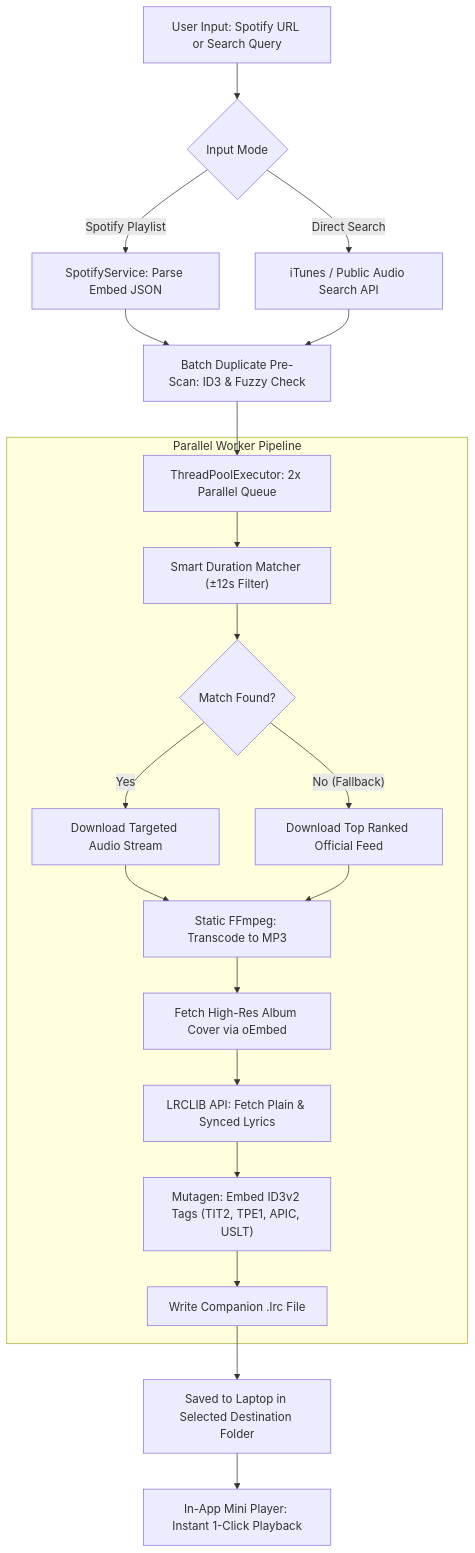
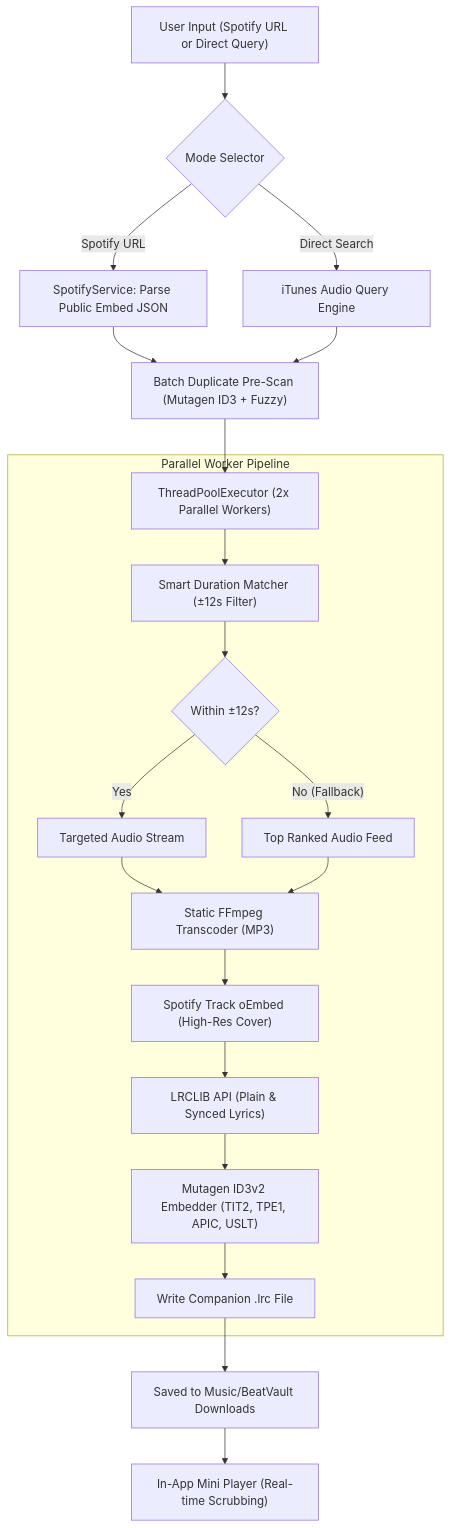
Before and after one commit to aadityashekhar321/BeatVault: the diagram in README.md, drawn with Mermaid. The commit also changed other lines of this file and 1 other file, not shown here.

````diff
--- a/README.md
+++ b/README.md
@@ -105,30 +152,30 @@
 ```mermaid
 flowchart TD
-    A["User Input: Spotify URL or Search Query"] --> B{"Input Mode"}
+    User["User Input (Spotify URL or Direct Query)"] --> Mode{"Mode Selector"}
     
-    B -->|"Spotify Playlist"| C["SpotifyService: Parse Embed JSON"]
-    B -->|"Direct Search"| D["iTunes / Public Audio Search API"]
+    Mode -->|"Spotify URL"| Scraping["SpotifyService: Parse Public Embed JSON"]
+    Mode -->|"Direct Search"| Itunes["iTunes Audio Query Engine"]
     
-    C --> E["Batch Duplicate Pre-Scan: ID3 & Fuzzy Check"]
-    D --> E
+    Scraping --> DupScan["Batch Duplicate Pre-Scan (Mutagen ID3 + Fuzzy)"]
+    Itunes --> DupScan
     
-    E --> F["ThreadPoolExecutor: 2x Parallel Queue"]
+    DupScan --> Queue["ThreadPoolExecutor (2x Parallel Workers)"]
     
     subgraph Parallel Worker Pipeline
-        F --> G["Smart Duration Matcher (±12s Filter)"]
-        G --> H{"Match Found?"}
-        H -->|"Yes"| I["Download Targeted Audio Stream"]
-        H -->|"No (Fallback)"| J["Download Top Ranked Official Feed"]
+        Queue --> Filter["Smart Duration Matcher (±12s Filter)"]
+        Filter --> Found{"Within ±12s?"}
+        Found -->|"Yes"| StreamA["Targeted Audio Stream"]
+        Found -->|"No (Fallback)"| StreamB["Top Ranked Audio Feed"]
         
-        I --> K["Static FFmpeg: Transcode to MP3"]
-        J --> K
+        StreamA --> FFmpeg["Static FFmpeg Transcoder (MP3)"]
+        StreamB --> FFmpeg
         
-        K --> L["Fetch High-Res Album Cover via oEmbed"]
-        L --> M["LRCLIB API: Fetch Plain & Synced Lyrics"]
-        M --> N["Mutagen: Embed ID3v2 Tags (TIT2, TPE1, APIC, USLT)"]
-        N --> O["Write Companion .lrc File"]
+        FFmpeg --> OEmbed["Spotify Track oEmbed (High-Res Cover)"]
+        OEmbed --> LRCLIB["LRCLIB API (Plain & Synced Lyrics)"]
+        LRCLIB --> Mutagen["Mutagen ID3v2 Embedder (TIT2, TPE1, APIC, USLT)"]
+        Mutagen --> WriteLRC["Write Companion .lrc File"]
     end
     
-    O --> P["Saved to Laptop in Selected Destination Folder"]
-    P --> Q["In-App Mini Player: Instant 1-Click Playback"]
+    WriteLRC --> LocalDisk["Saved to Music/BeatVault Downloads"]
+    LocalDisk --> Player["In-App Mini Player (Real-time Scrubbing)"]
 ```
````
